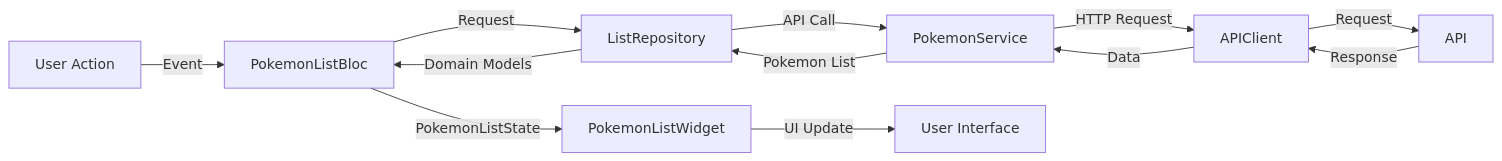
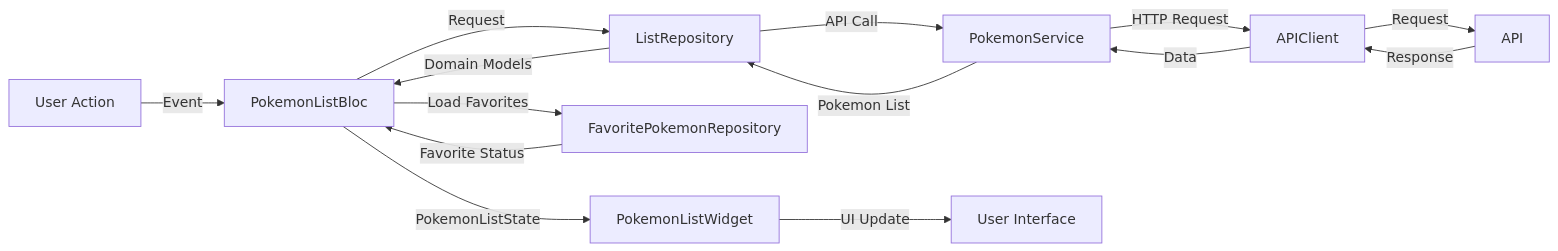
The first of 4 diagrams in flutter_another_pokemon_assignment/README_ARCHITECTURE.md (justbug/AnotherPokemonAssignment), drawn with Mermaid before and after one commit. The commit also changed other lines of this file and 3 other files, not shown here.

````diff
--- a/flutter_another_pokemon_assignment/README_ARCHITECTURE.md
+++ b/flutter_another_pokemon_assignment/README_ARCHITECTURE.md
@@ -77,15 +79,17 @@
 ```mermaid
 graph LR
     A[User Action] -->|Event| B[PokemonListBloc]
     B -->|Request| C[ListRepository]
     C -->|API Call| D[PokemonService]
     D -->|HTTP Request| E[APIClient]
     E -->|Request| F[API]
     
     F -->|Response| E
     E -->|Data| D
     D -->|Pokemon List| C
     C -->|Domain Models| B
-    B -->|PokemonListState| G[PokemonListWidget]
-    G -->|UI Update| H[User Interface]
+    B -->|Load Favorites| G[FavoritePokemonRepository]
+    G -->|Favorite Status| B
+    B -->|PokemonListState| H[PokemonListWidget]
+    H -->|UI Update| I[User Interface]
 ```
````
